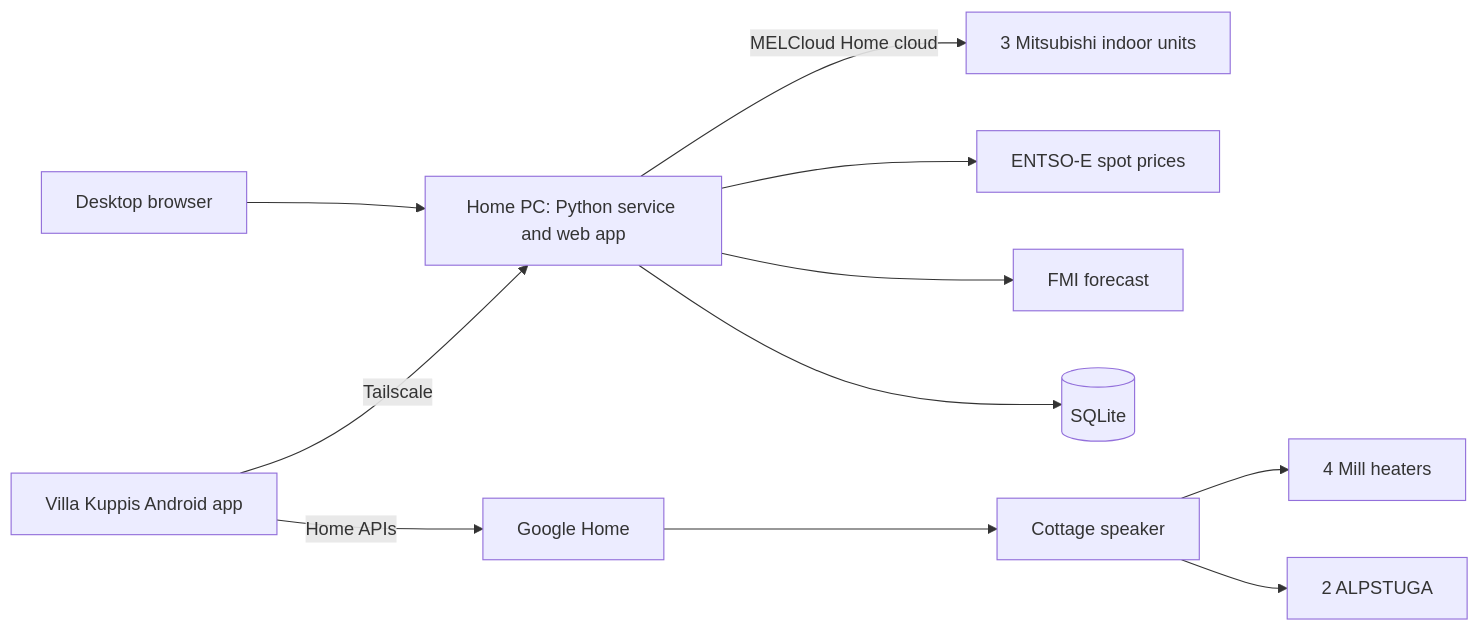
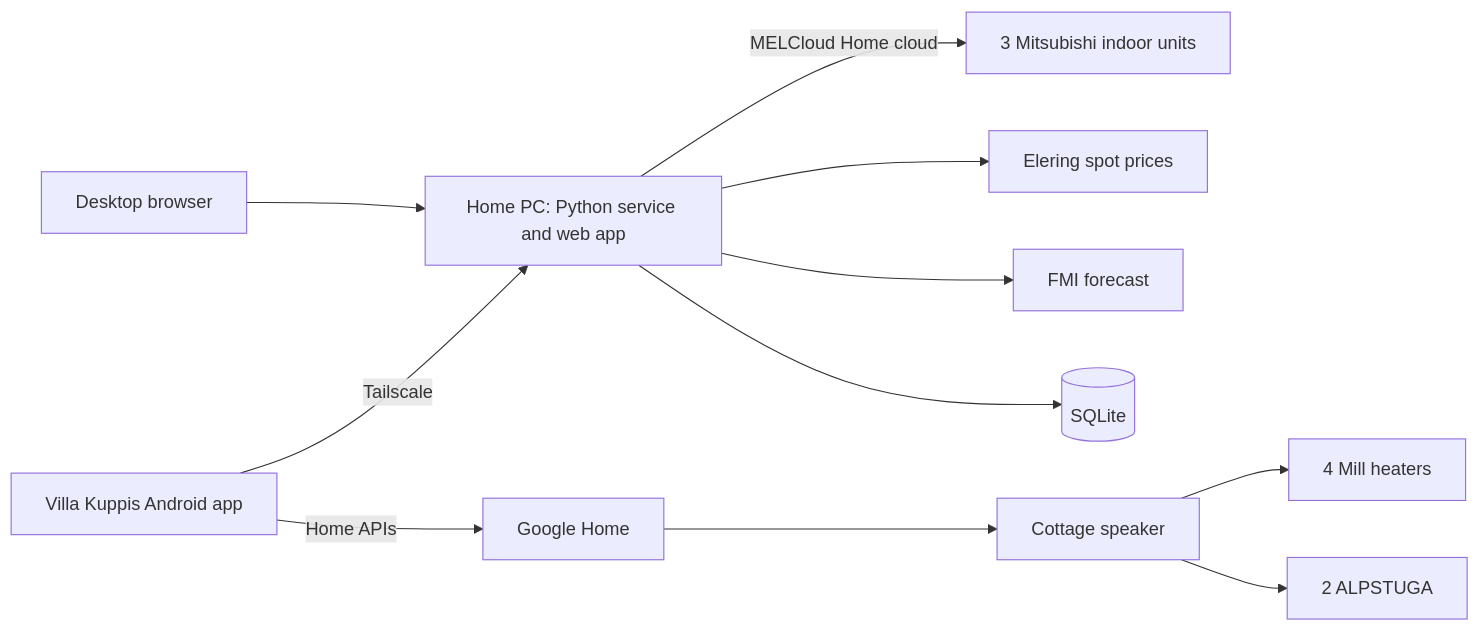
One commit to Vkuparin/villa-kuppis changed the diagram in docs/architecture.md. Above: the diagram before and after it, drawn with Mermaid. The commit also changed other lines of this file and 3 other files, not shown here.

First line of the commit message:
Use Elering for spot prices and keyless FMI for forecasts

````diff
--- a/docs/architecture.md
+++ b/docs/architecture.md
@@ -16,13 +16,13 @@
 ```mermaid
 flowchart LR
   Desktop[Desktop browser] --> PC[Home PC: Python service and web app]
   Phone[Villa Kuppis Android app] -->|Tailscale| PC
   PC -->|MELCloud Home cloud| Pumps[3 Mitsubishi indoor units]
-  PC --> Prices[ENTSO-E spot prices]
+  PC --> Prices[Elering spot prices]
   PC --> Weather[FMI forecast]
   PC --> DB[(SQLite)]
   Phone -->|Home APIs| Google[Google Home]
   Google --> Hub[Cottage speaker]
   Hub --> Mill[4 Mill heaters]
   Hub --> Sensors[2 ALPSTUGA]
 ```
````
